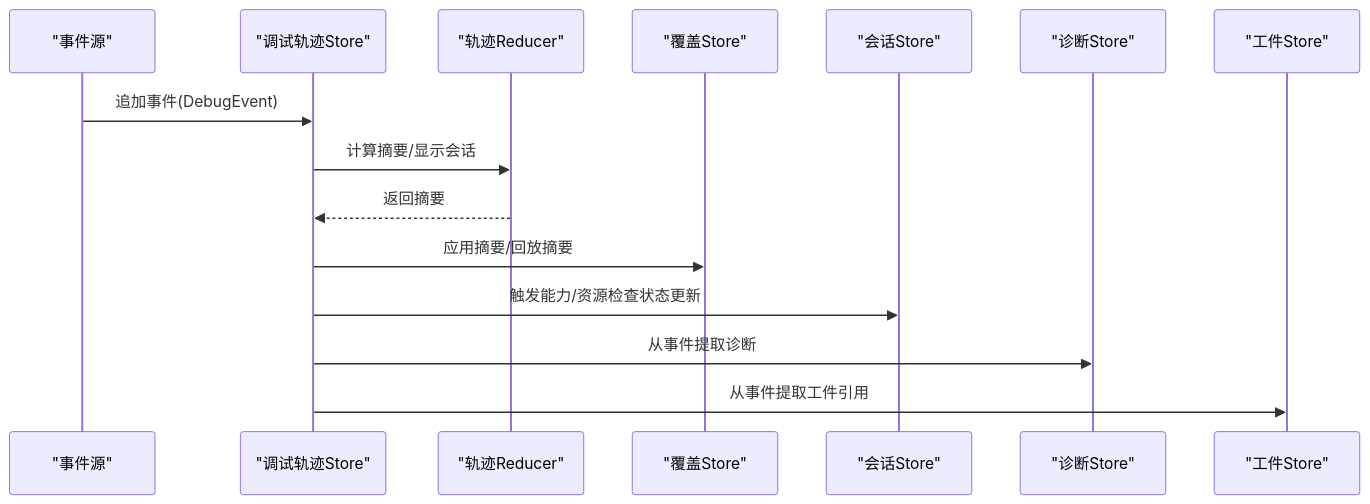
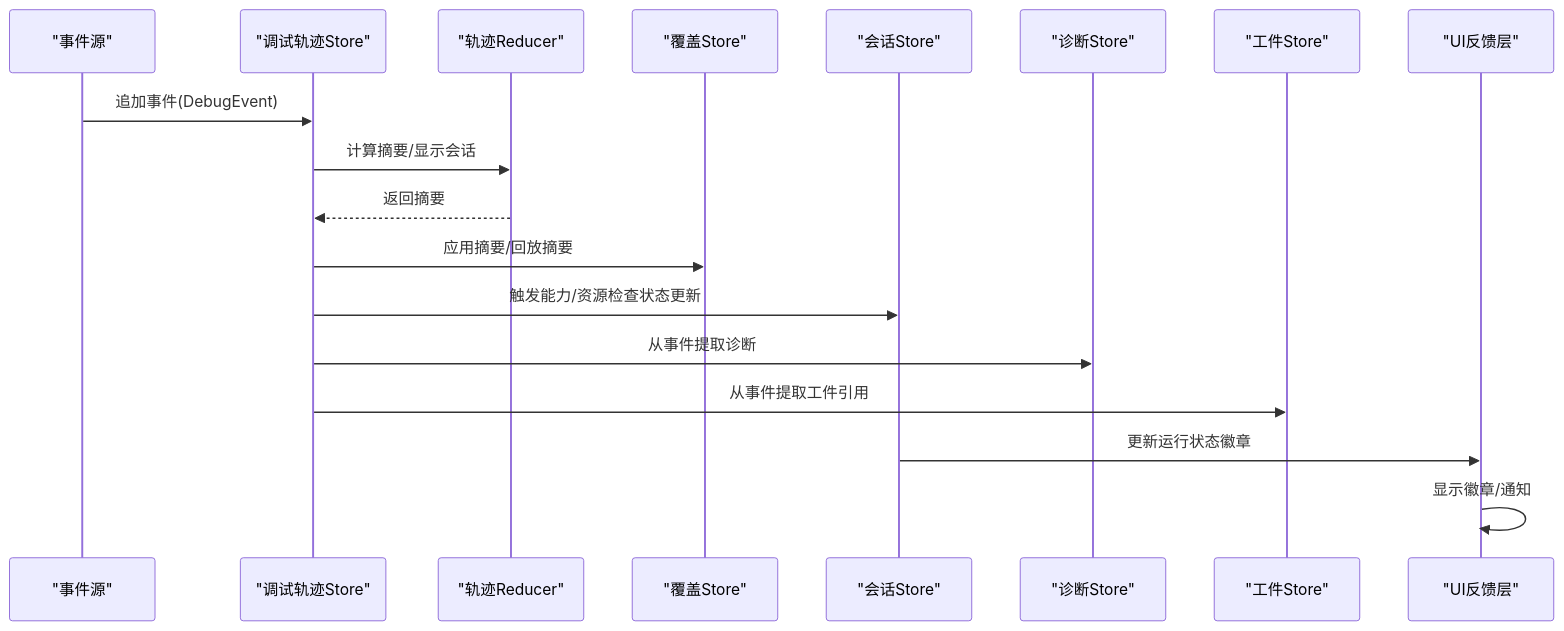
The second of 13 diagrams in .qoder/repowiki/zh/content/前端架构/状态管理系统/调试状态管理.md (kqcoxn/MaaPipelineEditor), drawn with Mermaid before and after one commit. The commit also changed other lines of this file and 19 other files, not shown here.

````diff
--- a/.qoder/repowiki/zh/content/前端架构/状态管理系统/调试状态管理.md
+++ b/.qoder/repowiki/zh/content/前端架构/状态管理系统/调试状态管理.md
@@ -182,17 +196,20 @@
 ```mermaid
 sequenceDiagram
 participant Src as "事件源"
 participant Trace as "调试轨迹Store"
 participant Reducer as "轨迹Reducer"
 participant Overlay as "覆盖Store"
 participant Session as "会话Store"
 participant Diag as "诊断Store"
 participant Art as "工件Store"
+participant UI as "UI反馈层"
 Src->>Trace : 追加事件(DebugEvent)
 Trace->>Reducer : 计算摘要/显示会话
 Reducer-->>Trace : 返回摘要
 Trace->>Overlay : 应用摘要/回放摘要
 Trace->>Session : 触发能力/资源检查状态更新
 Trace->>Diag : 从事件提取诊断
 Trace->>Art : 从事件提取工件引用
+Session->>UI : 更新运行状态徽章
+UI->>UI : 显示徽章/通知
 ```
````
